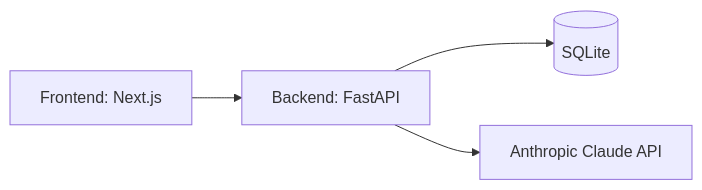
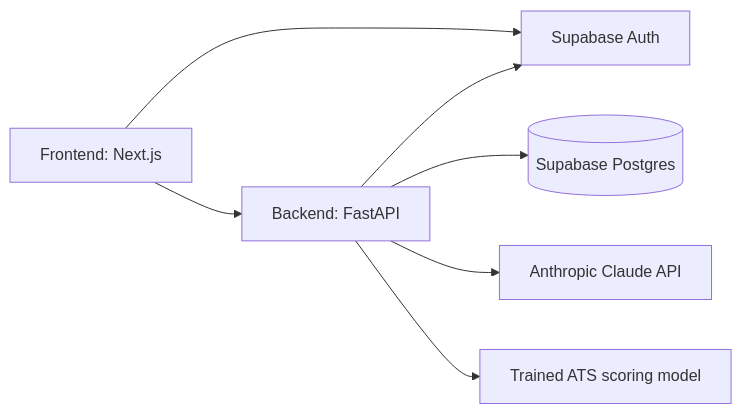
The diagram in README.md (dv-saiharsha/AI-Career-Coach), drawn with Mermaid before and after one commit. The commit also changed other lines of this file and 13 other files, not shown here.

````diff
--- a/README.md
+++ b/README.md
@@ -7,6 +9,9 @@
 ```mermaid
 graph LR
     UI[Frontend: Next.js] --> API[Backend: FastAPI]
-    API --> DB[(SQLite)]
+    UI --> AUTH[Supabase Auth]
+    API --> AUTH
+    API --> DB[(Supabase Postgres)]
     API --> LLM[Anthropic Claude API]
+    API --> ML[Trained ATS scoring model]
 ```
````
